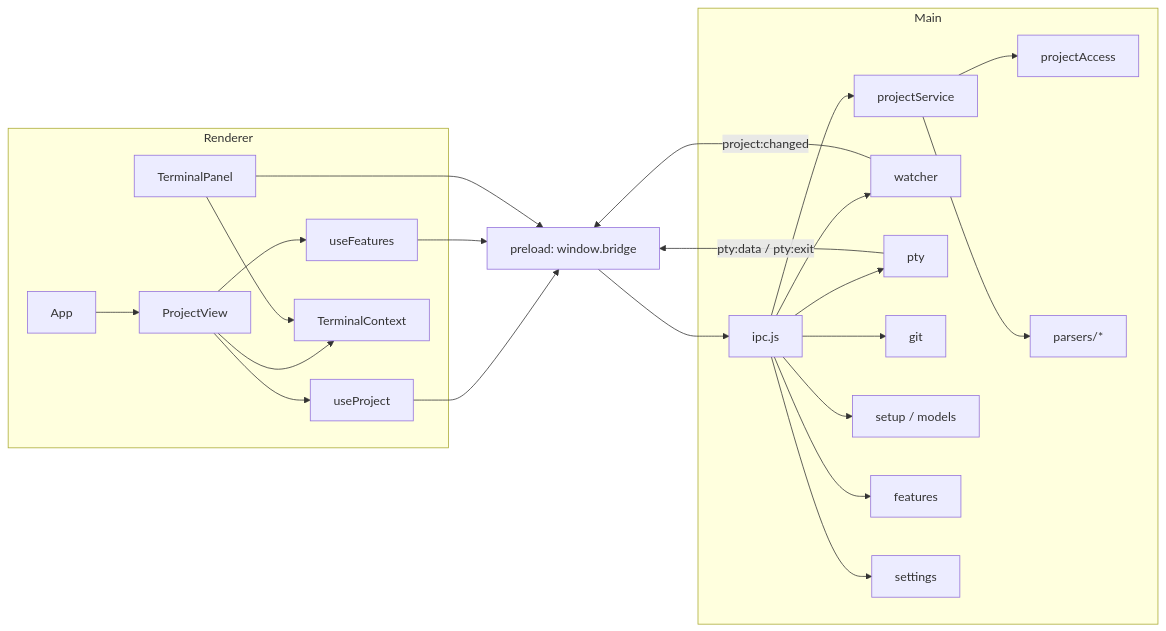
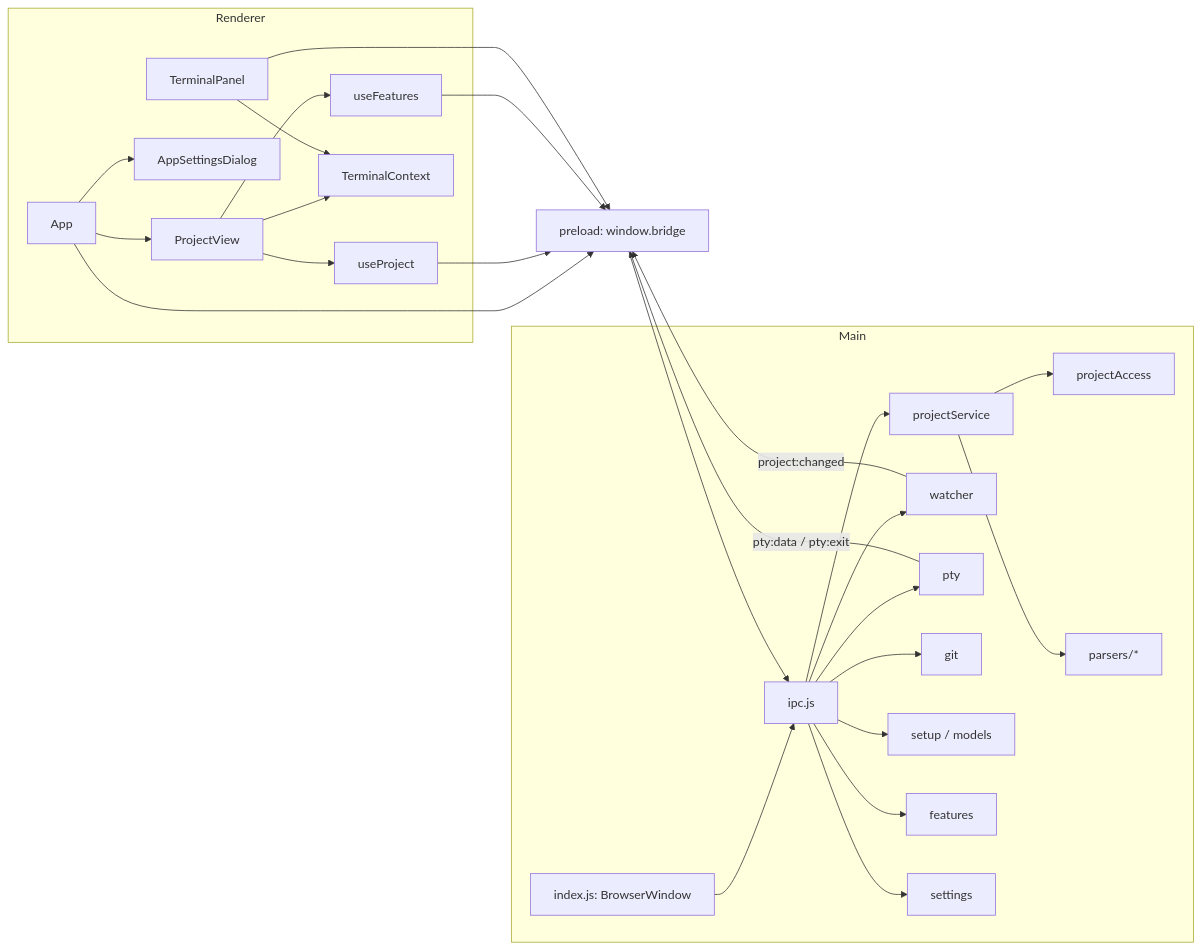
Before and after one commit to tochman/ai-dlc-thadeus: the second of 5 diagrams in aidlc/spaces/default/codekb/aidlc-dash/architecture.md, drawn with Mermaid. The commit also changed other lines of this file and 62 other files, not shown here.

````diff
--- a/aidlc/spaces/default/codekb/aidlc-dash/architecture.md
+++ b/aidlc/spaces/default/codekb/aidlc-dash/architecture.md
@@ -49,28 +43,31 @@
 ```mermaid
 flowchart LR
   subgraph Renderer
     App --> ProjectView
+    App --> AppSettingsDialog
     ProjectView --> useProject
     ProjectView --> useFeatures
     ProjectView --> TerminalContext
     TerminalPanel --> TerminalContext
   end
   Preload["preload: window.bridge"]
   subgraph MainProc["Main"]
-    IPC["ipc.js"] --> PS["projectService"]
+    Entry["index.js: BrowserWindow"] --> IPC["ipc.js"]
+    IPC --> PS["projectService"]
     IPC --> W["watcher"]
     IPC --> PTY["pty"]
     IPC --> G["git"]
     IPC --> S["setup / models"]
     IPC --> F["features"]
     IPC --> ST["settings"]
     PS --> PA["projectAccess"]
     PS --> P["parsers/*"]
   end
+  App --> Preload
   useProject --> Preload
   useFeatures --> Preload
   TerminalPanel --> Preload
   Preload --> IPC
   W -- "project:changed" --> Preload
   PTY -- "pty:data / pty:exit" --> Preload
 ```
````
